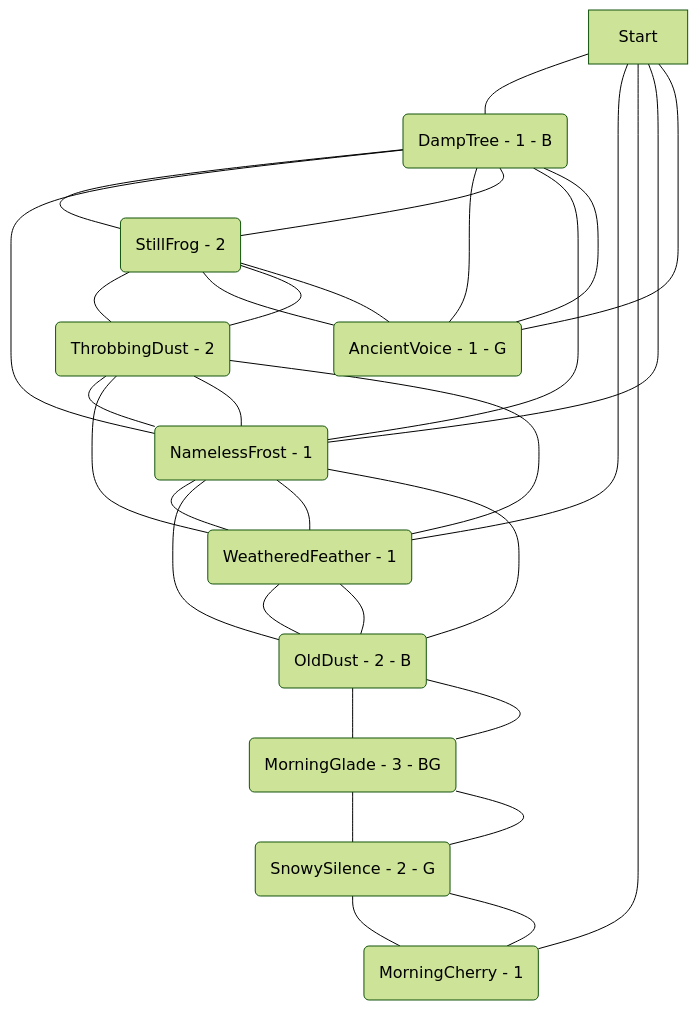
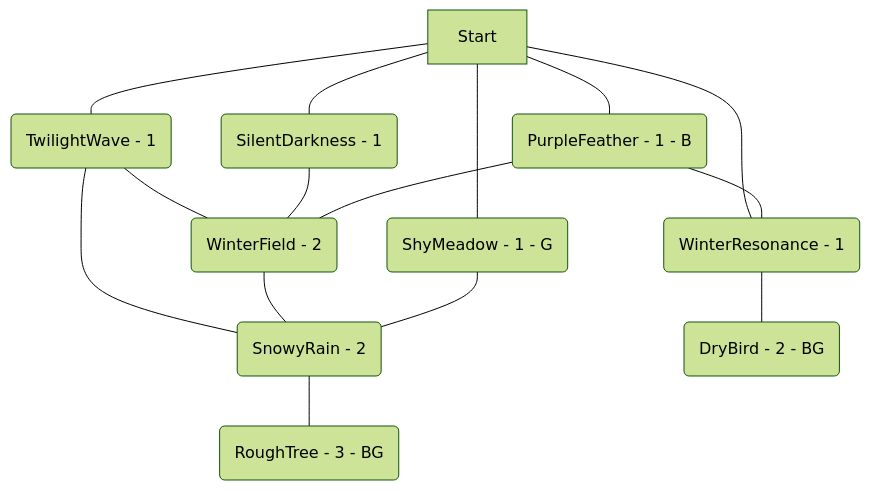
The diagram in examples/003.md (kinostl/Automatic-Liberation-Map), drawn with Mermaid (forest theme) before and after one commit. The commit also changed other lines of this file and 9 other files, not shown here.

````diff
--- a/examples/003.md
+++ b/examples/003.md
@@ -4,34 +4,17 @@
 ```mermaid  
 flowchart TD  
-	Start --- xcrIUPFg(DampTree - 1 - B)  
-	RmbcEtiJ(WeatheredFeather - 1) --- VTjRHpDx(NamelessFrost - 1)  
-	KPvBQUlG(StillFrog - 2) --- xcrIUPFg(DampTree - 1 - B)  
-	VTjRHpDx(NamelessFrost - 1) --- QGNLEkzn(ThrobbingDust - 2)  
-	Start --- RmbcEtiJ(WeatheredFeather - 1)  
-	qzPwIAgZ(AncientVoice - 1 - G) --- xcrIUPFg(DampTree - 1 - B)  
-	lwYbAeKx(SnowySilence - 2 - G) --- gxMKpGOJ(MorningGlade - 3 - BG)  
-	vuZLbPJO(OldDust - 2 - B) --- VTjRHpDx(NamelessFrost - 1)  
-	VTjRHpDx(NamelessFrost - 1) --- xcrIUPFg(DampTree - 1 - B)  
-	gxMKpGOJ(MorningGlade - 3 - BG) --- vuZLbPJO(OldDust - 2 - B)  
-	Start --- iITahymR(MorningCherry - 1)  
-	lwYbAeKx(SnowySilence - 2 - G) --- iITahymR(MorningCherry - 1)  
-	QGNLEkzn(ThrobbingDust - 2) --- VTjRHpDx(NamelessFrost - 1)  
-	qzPwIAgZ(AncientVoice - 1 - G) --- KPvBQUlG(StillFrog - 2)  
-	gxMKpGOJ(MorningGlade - 3 - BG) --- lwYbAeKx(SnowySilence - 2 - G)  
-	iITahymR(MorningCherry - 1) --- lwYbAeKx(SnowySilence - 2 - G)  
-	QGNLEkzn(ThrobbingDust - 2) --- KPvBQUlG(StillFrog - 2)  
-	Start --- VTjRHpDx(NamelessFrost - 1)  
-	RmbcEtiJ(WeatheredFeather - 1) --- QGNLEkzn(ThrobbingDust - 2)  
-	vuZLbPJO(OldDust - 2 - B) --- gxMKpGOJ(MorningGlade - 3 - BG)  
-	vuZLbPJO(OldDust - 2 - B) --- RmbcEtiJ(WeatheredFeather - 1)  
-	xcrIUPFg(DampTree - 1 - B) --- KPvBQUlG(StillFrog - 2)  
-	KPvBQUlG(StillFrog - 2) --- QGNLEkzn(ThrobbingDust - 2)  
-	xcrIUPFg(DampTree - 1 - B) --- VTjRHpDx(NamelessFrost - 1)  
-	QGNLEkzn(ThrobbingDust - 2) --- RmbcEtiJ(WeatheredFeather - 1)  
-	VTjRHpDx(NamelessFrost - 1) --- RmbcEtiJ(WeatheredFeather - 1)  
-	xcrIUPFg(DampTree - 1 - B) --- qzPwIAgZ(AncientVoice - 1 - G)  
-	VTjRHpDx(NamelessFrost - 1) --- vuZLbPJO(OldDust - 2 - B)  
-	RmbcEtiJ(WeatheredFeather - 1) --- vuZLbPJO(OldDust - 2 - B)  
-	Start --- qzPwIAgZ(AncientVoice - 1 - G)  
-	KPvBQUlG(StillFrog - 2) --- qzPwIAgZ(AncientVoice - 1 - G)  
+	AgUjrCzu(SnowyRain - 2) --- xfaXZSzG(RoughTree - 3 - BG)  
+	Start --- KxoiIEHt(SilentDarkness - 1)  
+	WjylehkB(PurpleFeather - 1 - B) --- cNsjrRzE(WinterResonance - 1)  
+	TabsZqiW(ShyMeadow - 1 - G) --- AgUjrCzu(SnowyRain - 2)  
+	Start --- RGLQpbCN(TwilightWave - 1)  
+	AfaKzeZr(WinterField - 2) --- AgUjrCzu(SnowyRain - 2)  
+	WjylehkB(PurpleFeather - 1 - B) --- AfaKzeZr(WinterField - 2)  
+	RGLQpbCN(TwilightWave - 1) --- AgUjrCzu(SnowyRain - 2)  
+	KxoiIEHt(SilentDarkness - 1) --- AfaKzeZr(WinterField - 2)  
+	Start --- cNsjrRzE(WinterResonance - 1)  
+	Start --- WjylehkB(PurpleFeather - 1 - B)  
+	Start --- TabsZqiW(ShyMeadow - 1 - G)  
+	RGLQpbCN(TwilightWave - 1) --- AfaKzeZr(WinterField - 2)  
+	cNsjrRzE(WinterResonance - 1) --- fQYvXqec(DryBird - 2 - BG)  
 ```  
````
